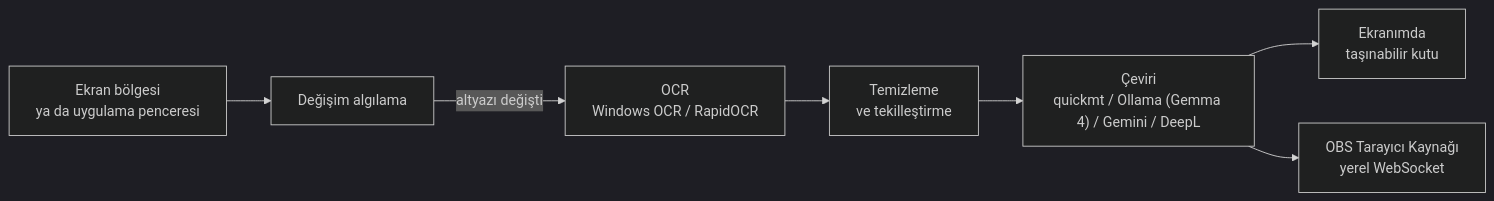
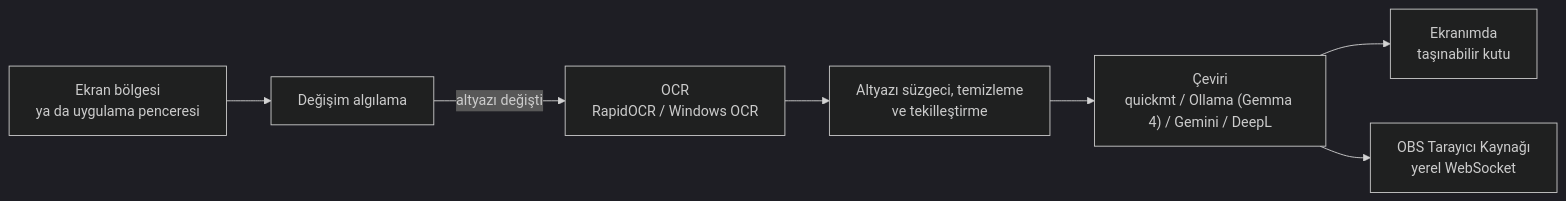
Before and after one commit to kutsalkiremitci/robz-vision: the diagram in README.md, drawn with Mermaid (dark theme). The commit also changed other lines of this file and 41 other files, not shown here.

````diff
--- a/README.md
+++ b/README.md
@@ -129,9 +393,9 @@
 ```mermaid
 flowchart LR
     A["Ekran bölgesi<br/>ya da uygulama penceresi"] --> B["Değişim algılama"]
-    B -- "altyazı değişti" --> C["OCR<br/>Windows OCR / RapidOCR"]
-    C --> D["Temizleme<br/>ve tekilleştirme"]
+    B -- "altyazı değişti" --> C["OCR<br/>RapidOCR / Windows OCR"]
+    C --> D["Altyazı süzgeci, temizleme<br/>ve tekilleştirme"]
     D --> E["Çeviri<br/>quickmt / Ollama (Gemma 4) / Gemini / DeepL"]
     E --> F["Ekranımda<br/>taşınabilir kutu"]
     E --> G["OBS Tarayıcı Kaynağı<br/>yerel WebSocket"]
 ```
````
